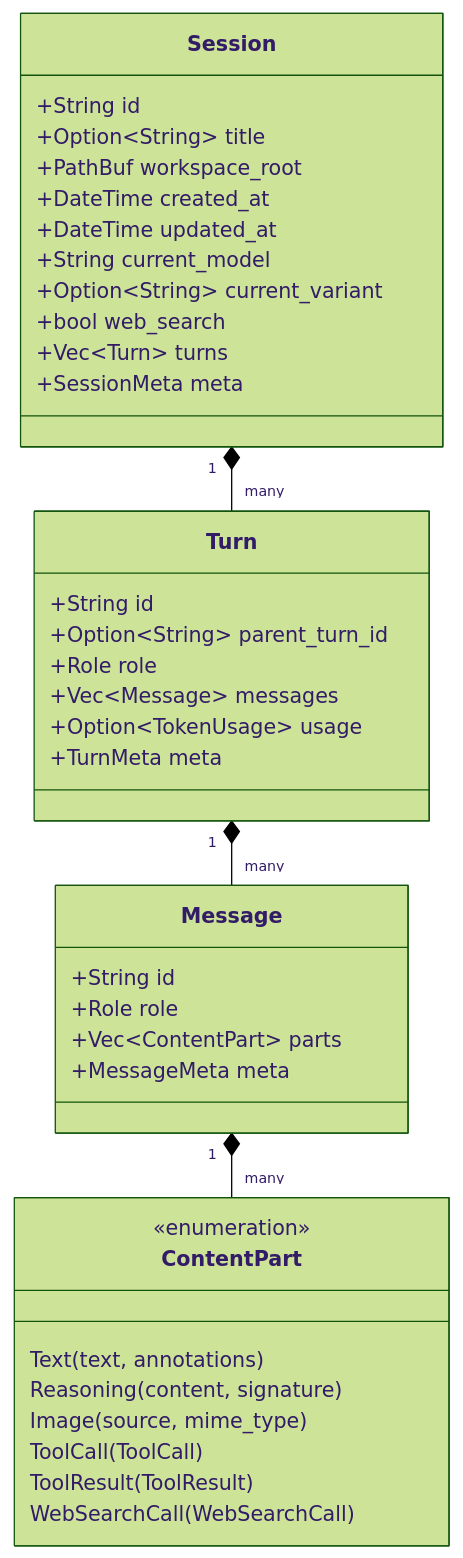
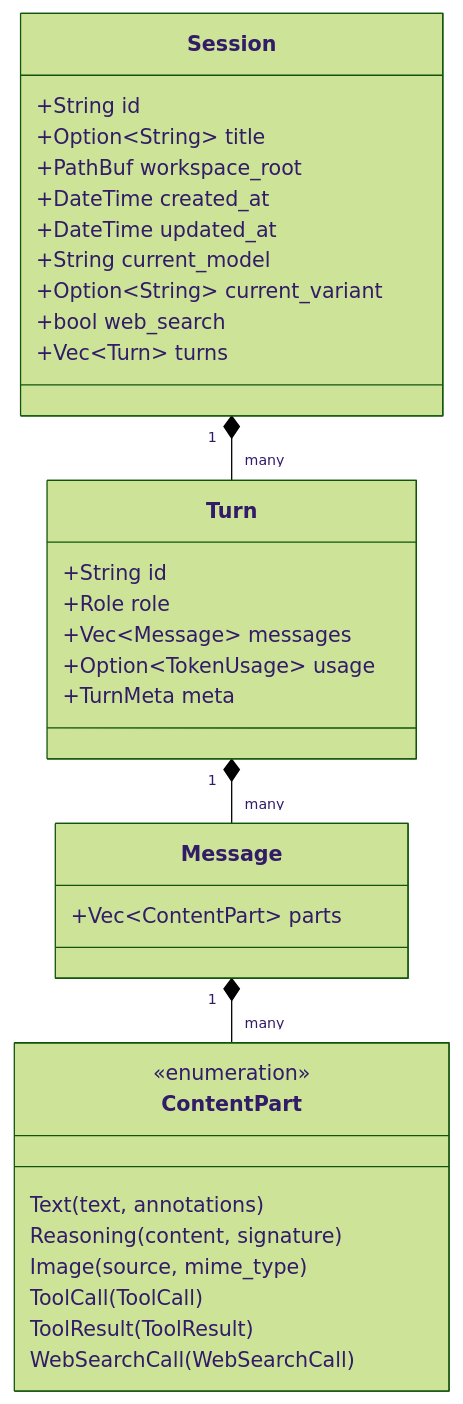
One commit to jerrita/vva changed the diagram in docs/domain_model.md. Above: the diagram before and after it, drawn with Mermaid (forest theme). The commit also changed other lines of this file and 49 other files, not shown here.

````diff
--- a/docs/domain_model.md
+++ b/docs/domain_model.md
@@ -9,42 +9,37 @@
 ```mermaid
 classDiagram
     class Session {
         +String id
         +Option~String~ title
         +PathBuf workspace_root
         +DateTime created_at
         +DateTime updated_at
         +String current_model
         +Option~String~ current_variant
         +bool web_search
         +Vec~Turn~ turns
-        +SessionMeta meta
     }
     class Turn {
         +String id
-        +Option~String~ parent_turn_id
         +Role role
         +Vec~Message~ messages
         +Option~TokenUsage~ usage
         +TurnMeta meta
     }
     class Message {
-        +String id
-        +Role role
         +Vec~ContentPart~ parts
-        +MessageMeta meta
     }
     class ContentPart {
         <<enumeration>>
         Text(text, annotations)
         Reasoning(content, signature)
         Image(source, mime_type)
         ToolCall(ToolCall)
         ToolResult(ToolResult)
         WebSearchCall(WebSearchCall)
     }
 
     Session "1" *-- "many" Turn
     Turn "1" *-- "many" Message
     Message "1" *-- "many" ContentPart
 ```
````
